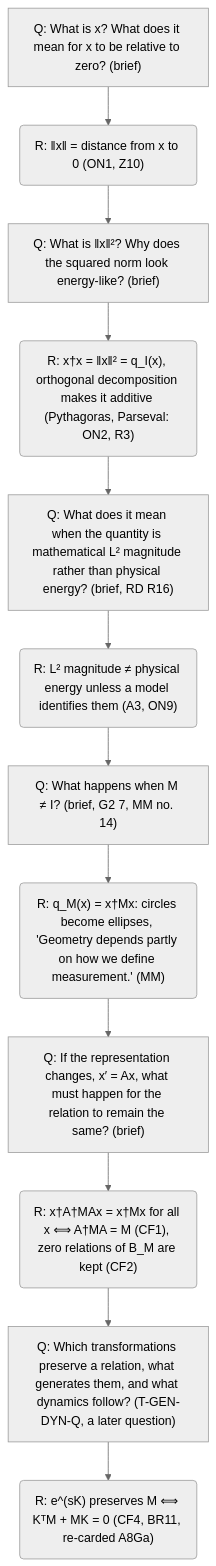
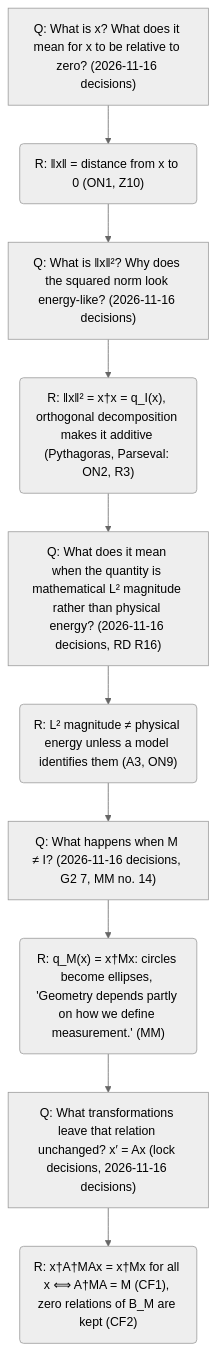
One commit to nadiapriyam/ENERGEO changed the second of 11 diagrams in research/canonical_story.md. Above: the diagram before and after it, drawn with Mermaid (neutral theme). The commit also changed other lines of this file and 18 other files, not shown here.

````diff
--- a/research/canonical_story.md
+++ b/research/canonical_story.md
@@ -129,26 +202,22 @@
 ```mermaid
 flowchart TD
-  A0["Q: What is x? What does it mean for x to be relative to zero? (brief)"]
+  A0["Q: What is x? What does it mean for x to be relative to zero? (2026-11-16 decisions)"]
   A1("R: ‖x‖ = distance from x to 0 (ON1, Z10)")
   A0 --> A1
-  A2["Q: What is ‖x‖²? Why does the squared norm look energy-like? (brief)"]
+  A2["Q: What is ‖x‖²? Why does the squared norm look energy-like? (2026-11-16 decisions)"]
   A1 --> A2
-  A3("R: x†x = ‖x‖² = q_I(x), orthogonal decomposition makes it additive (Pythagoras, Parseval: ON2, R3)")
+  A3("R: ‖x‖² = x†x = q_I(x), orthogonal decomposition makes it additive (Pythagoras, Parseval: ON2, R3)")
   A2 --> A3
-  A4["Q: What does it mean when the quantity is mathematical L² magnitude rather than physical energy? (brief, RD R16)"]
+  A4["Q: What does it mean when the quantity is mathematical L² magnitude rather than physical energy? (2026-11-16 decisions, RD R16)"]
   A3 --> A4
   A5("R: L² magnitude ≠ physical energy unless a model identifies them (A3, ON9)")
   A4 --> A5
-  A6["Q: What happens when M ≠ I? (brief, G2 7, MM no. 14)"]
+  A6["Q: What happens when M ≠ I? (2026-11-16 decisions, G2 7, MM no. 14)"]
   A5 --> A6
   A7("R: q_M(x) = x†Mx: circles become ellipses, 'Geometry depends partly on how we define measurement.' (MM)")
   A6 --> A7
-  A8["Q: If the representation changes, x′ = Ax, what must happen for the relation to remain the same? (brief)"]
+  A8["Q: What transformations leave that relation unchanged? x′ = Ax (lock decisions, 2026-11-16 decisions)"]
   A7 --> A8
   A9("R: x†A†MAx = x†Mx for all x ⟺ A†MA = M (CF1), zero relations of B_M are kept (CF2)")
   A8 --> A9
-  A10["Q: Which transformations preserve a relation, what generates them, and what dynamics follow? (T-GEN-DYN-Q, a later question)"]
-  A9 --> A10
-  A11("R: e^(sK) preserves M ⟺ KᵀM + MK = 0 (CF4, BR11, re-carded A8Ga)")
-  A10 --> A11
 ```
````
